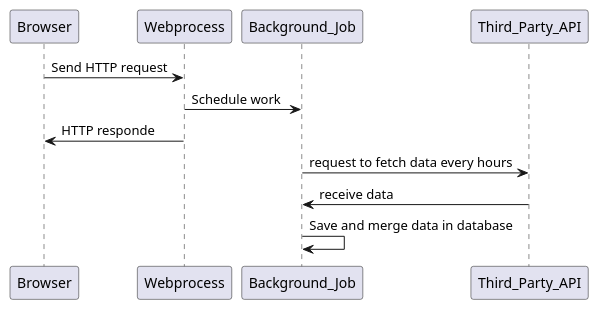
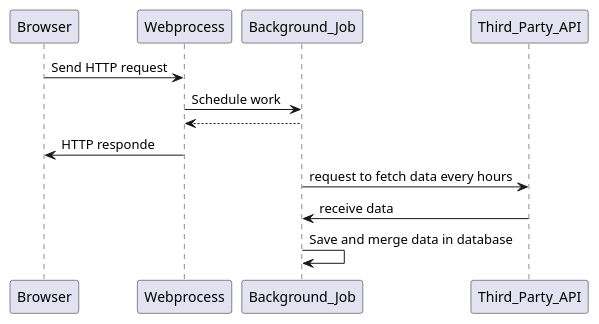
The diagram in Section4/.wsd (Nghia4/backend_test), drawn with PlantUML before and after one commit. The commit also changed 4 other files, not shown here.

```diff
--- a/Section4/.wsd
+++ b/Section4/.wsd
@@ -1,15 +1,17 @@
 @startuml Solution
 
 Browser -> Webprocess : Send HTTP request
 
 Webprocess -> Background_Job : Schedule work
+
+Background_Job --> Webprocess:
 
 Webprocess -> Browser : HTTP responde
 
 Background_Job -> Third_Party_API : request to fetch data every hours
 
 Third_Party_API -> Background_Job : receive data
 
 Background_Job -> Background_Job : Save and merge data in database
 
 @enduml
```
